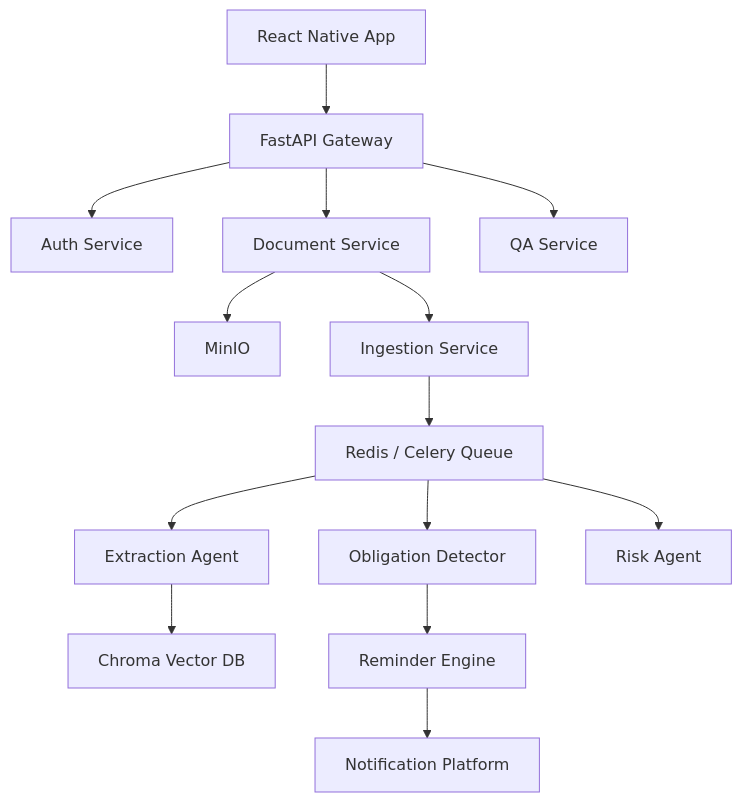
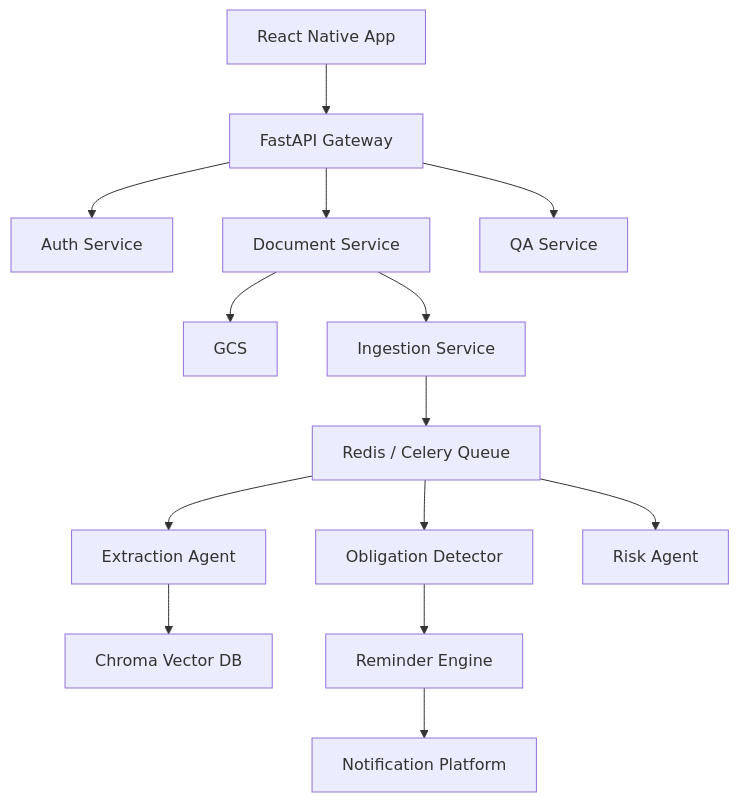
One commit to sivasankars-dev/document_intelligence_ai changed the first of 2 diagrams in README.md. Above: the diagram before and after it, drawn with Mermaid. The commit also changed other lines of this file and 42 other files, not shown here.

````diff
--- a/README.md
+++ b/README.md
@@ -251,24 +264,24 @@
 ```mermaid
 flowchart TD
 
 User[React Native App] --> Gateway[FastAPI Gateway]
 
 Gateway --> Auth[Auth Service]
 Gateway --> Document[Document Service]
 Gateway --> QA[QA Service]
 
-Document --> Storage[MinIO]
+Document --> Storage[GCS]
 Document --> Ingestion[Ingestion Service]
 
 Ingestion --> Queue[Redis / Celery Queue]
 
 Queue --> Extraction[Extraction Agent]
 Queue --> Obligation[Obligation Detector]
 Queue --> Risk[Risk Agent]
 
 Extraction --> VectorDB[Chroma Vector DB]
 
 Obligation --> Reminder[Reminder Engine]
 
 Reminder --> Notification[Notification Platform]
 ```
````
